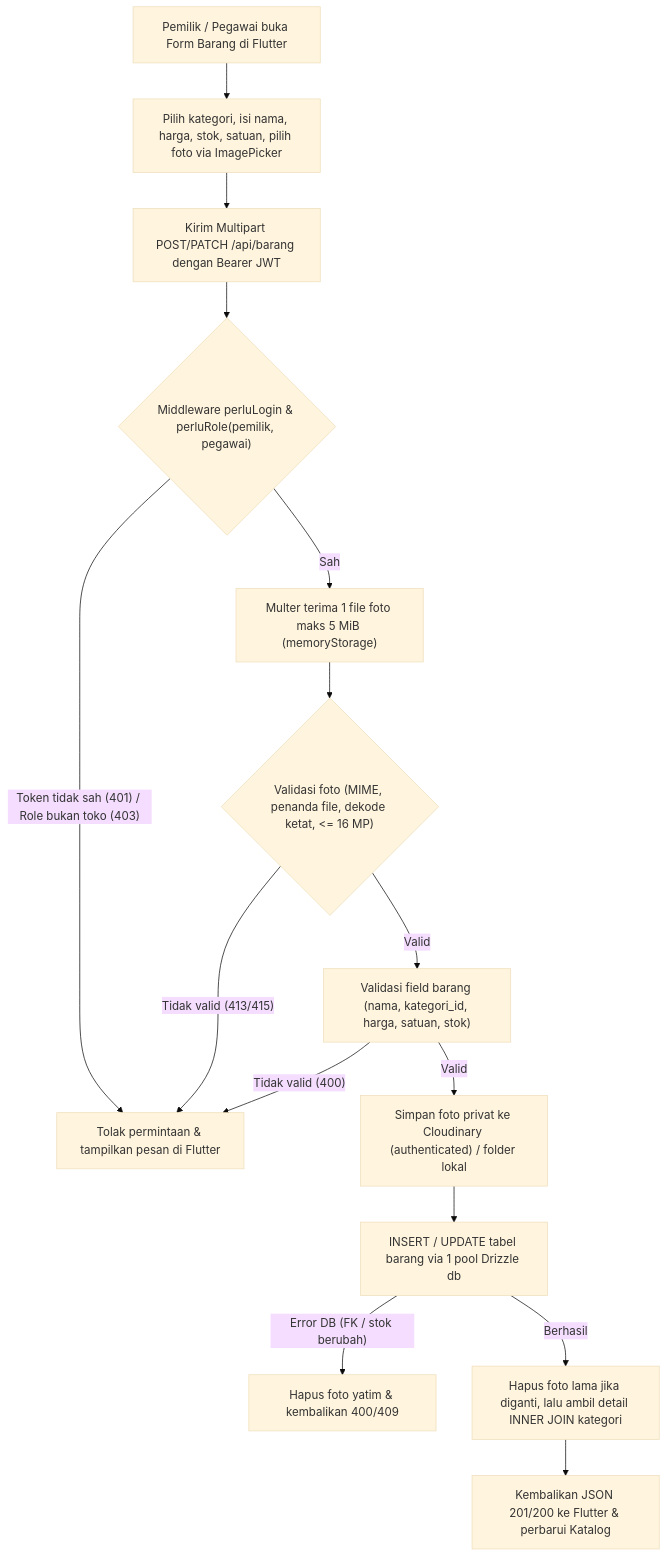
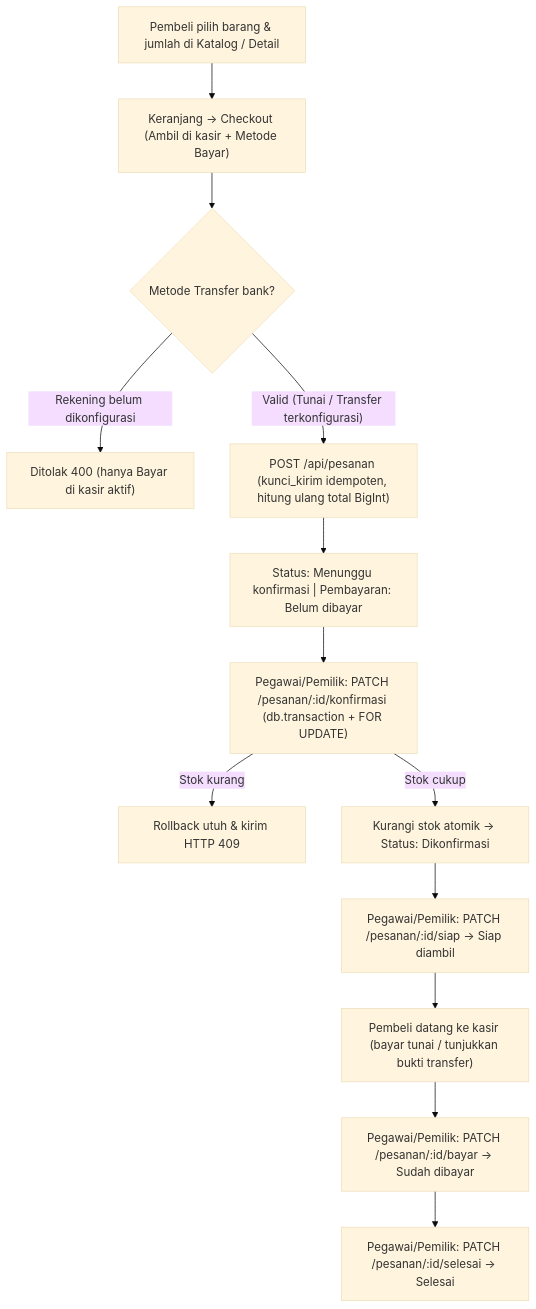
The third of 5 diagrams in docs/DIAGRAM-DAN-BLACKBOX-RAKRAPI.md (kaysan2519/RakRapi), drawn with Mermaid (base theme) before and after one commit. The commit also changed other lines of this file and 13 other files, not shown here.

Commit message:
docs: sinkronkan SRS, ERD 11 tabel, dokumentasi API, blackbox, panduan presentasi, dan bukti Pixel 8 V3

````diff
--- a/docs/DIAGRAM-DAN-BLACKBOX-RAKRAPI.md
+++ b/docs/DIAGRAM-DAN-BLACKBOX-RAKRAPI.md
@@ -128,17 +195,15 @@
 ```mermaid
 flowchart TD
-    A["Pemilik / Pegawai buka Form Barang di Flutter"] --> B["Pilih kategori, isi nama, harga, stok, satuan, pilih foto via ImagePicker"]
-    B --> C["Kirim Multipart POST/PATCH /api/barang dengan Bearer JWT"]
-    C --> D{"Middleware perluLogin & perluRole(pemilik, pegawai)"}
-    D -- "Token tidak sah (401) / Role bukan toko (403)" --> E["Tolak permintaan & tampilkan pesan di Flutter"]
-    D -- "Sah" --> F["Multer terima 1 file foto maks 5 MiB (memoryStorage)"]
-    F --> G{"Validasi foto (MIME, penanda file, dekode ketat, <= 16 MP)"}
-    G -- "Tidak valid (413/415)" --> E
-    G -- "Valid" --> H["Validasi field barang (nama, kategori_id, harga, satuan, stok)"]
-    H -- "Tidak valid (400)" --> E
-    H -- "Valid" --> I["Simpan foto privat ke Cloudinary (authenticated) / folder lokal"]
-    I --> J["INSERT / UPDATE tabel barang via 1 pool Drizzle db"]
-    J -- "Error DB (FK / stok berubah)" --> K["Hapus foto yatim & kembalikan 400/409"]
-    J -- "Berhasil" --> L["Hapus foto lama jika diganti, lalu ambil detail INNER JOIN kategori"]
-    L --> M["Kembalikan JSON 201/200 ke Flutter & perbarui Katalog"]
+    A["Pembeli pilih barang & jumlah di Katalog / Detail"] --> B["Keranjang -> Checkout (Ambil di kasir + Metode Bayar)"]
+    B --> C{"Metode Transfer bank?"}
+    C -- "Rekening belum dikonfigurasi" --> D["Ditolak 400 (hanya Bayar di kasir aktif)"]
+    C -- "Valid (Tunai / Transfer terkonfigurasi)" --> E["POST /api/pesanan (kunci_kirim idempoten, hitung ulang total BigInt)"]
+    E --> F["Status: Menunggu konfirmasi | Pembayaran: Belum dibayar"]
+    F --> G["Pegawai/Pemilik: PATCH /pesanan/:id/konfirmasi (db.transaction + FOR UPDATE)"]
+    G -- "Stok kurang" --> H["Rollback utuh & kirim HTTP 409"]
+    G -- "Stok cukup" --> I["Kurangi stok atomik -> Status: Dikonfirmasi"]
+    I --> J["Pegawai/Pemilik: PATCH /pesanan/:id/siap -> Siap diambil"]
+    J --> K["Pembeli datang ke kasir (bayar tunai / tunjukkan bukti transfer)"]
+    K --> L["Pegawai/Pemilik: PATCH /pesanan/:id/bayar -> Sudah dibayar"]
+    L --> M["Pegawai/Pemilik: PATCH /pesanan/:id/selesai -> Selesai"]
 ```
````
